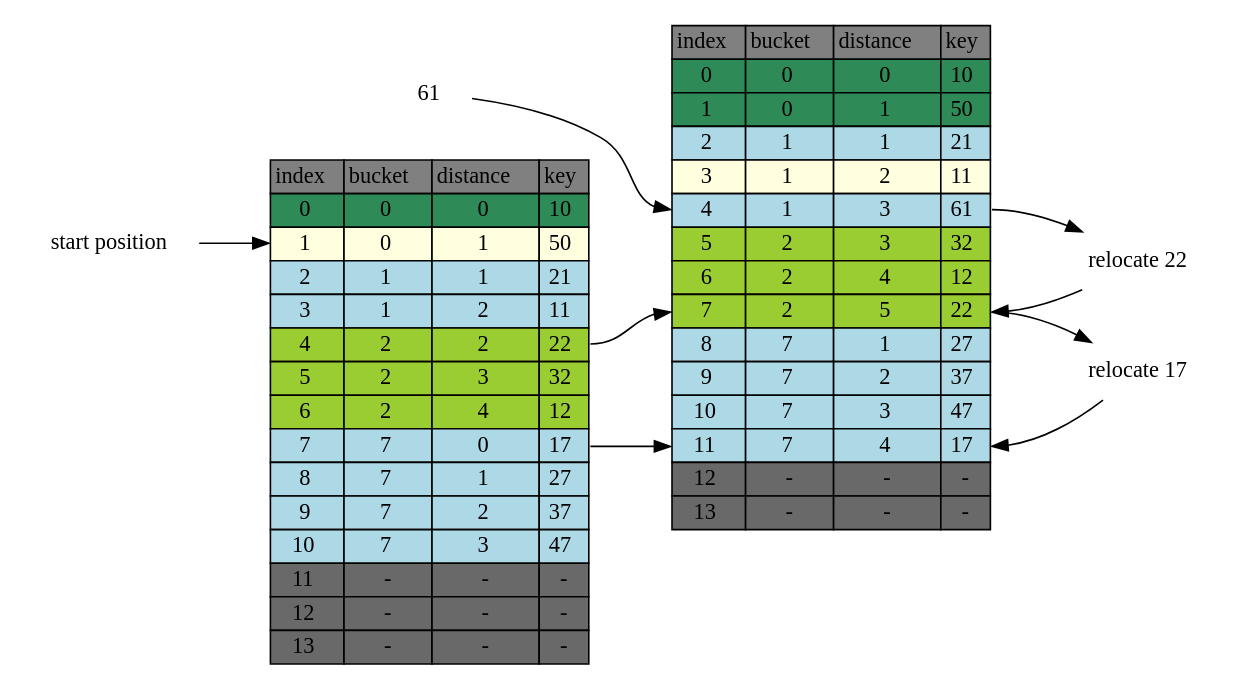
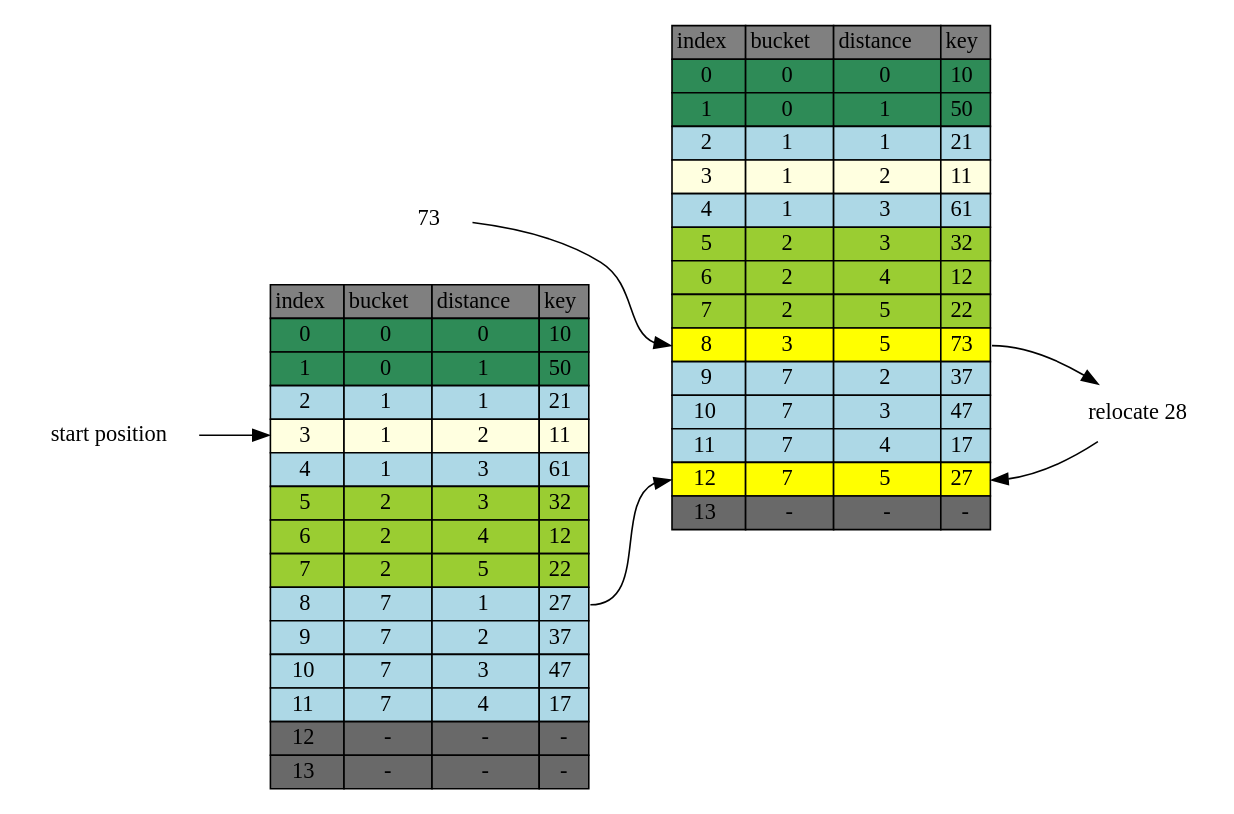
The diagram in hashing/cluster-insert-73.dot (jasonlue/digest), drawn with Graphviz before and after one commit. The commit also changed 1 other file, not shown here.

```diff
--- a/hashing/cluster-insert-73.dot
+++ b/hashing/cluster-insert-73.dot
@@ -1,200 +1,199 @@
 digraph table{
     rankdir=LR
     node[shape=plaintext]
 
     table[label=<
-        <TABLE BORDER="0" CELLBORDER="1" CELLSPACING="0">
-            <TR>
-                <TD BGCOLOR="grey">index</TD>
-                <TD BGCOLOR="grey">bucket</TD>
-                <TD BGCOLOR="grey">distance</TD>
-                <TD BGCOLOR="grey">key</TD>
-            </TR>           
-            <TR>
-                <TD BGCOLOR="seagreen" PORT="i0">0</TD>
-                <TD BGCOLOR="seagreen">0</TD>
-                <TD BGCOLOR="seagreen">0</TD>
-                <TD BGCOLOR="seagreen" PORT="k0">10</TD>
-            </TR>           
-            <TR>
-                <TD BGCOLOR="lightyellow" PORT="i1">1</TD>
-                <TD BGCOLOR="lightyellow">0</TD>
-                <TD BGCOLOR="lightyellow">1</TD>
-                <TD BGCOLOR="lightyellow" PORT="k1">50</TD>
-            </TR>           
-            <TR>
-                <TD BGCOLOR="lightblue" PORT="i2">2</TD>
-                <TD BGCOLOR="lightblue">1</TD>
-                <TD BGCOLOR="lightblue">1</TD>
-                <TD BGCOLOR="lightblue" PORT="k2">21</TD>
-            </TR>           
-            <TR>
-                <TD BGCOLOR="lightblue" PORT="i3">3</TD>
-                <TD BGCOLOR="lightblue">1</TD>
-                <TD BGCOLOR="lightblue">2</TD>
-                <TD BGCOLOR="lightblue" PORT="k3">11</TD>
-            </TR>           
-            <TR>
-                <TD BGCOLOR="yellowgreen" PORT="i4">4</TD>
-                <TD BGCOLOR="yellowgreen">2</TD>
-                <TD BGCOLOR="yellowgreen">2</TD>
-                <TD BGCOLOR="yellowgreen" PORT="k4">22</TD>
-            </TR>           
-            <TR>
-                <TD BGCOLOR="yellowgreen" PORT="i5">5</TD>
-                <TD BGCOLOR="yellowgreen">2</TD>
-                <TD BGCOLOR="yellowgreen">3</TD>
-                <TD BGCOLOR="yellowgreen" PORT="k5">32</TD>
-            </TR>
-            <TR>
-                <TD BGCOLOR="yellowgreen" PORT="i6">6</TD>
-                <TD BGCOLOR="yellowgreen">2</TD>
-                <TD BGCOLOR="yellowgreen">4</TD>
-                <TD BGCOLOR="yellowgreen" PORT="k6">12</TD> 
-            </TR>           
-            <TR>
-                <TD BGCOLOR="lightblue" PORT="i7">7</TD>
-                <TD BGCOLOR="lightblue">7</TD>
-                <TD BGCOLOR="lightblue">0</TD>
-                <TD BGCOLOR="lightblue" PORT="k7">17</TD>
-            </TR>           
-            <TR>
-                <TD BGCOLOR="lightblue" PORT="i8">8</TD>
-                <TD BGCOLOR="lightblue">7</TD>
-                <TD BGCOLOR="lightblue">1</TD>
-                <TD BGCOLOR="lightblue" PORT="k8">27</TD>
-            </TR>           
-            <TR>
-                <TD BGCOLOR="lightblue" PORT="i9">9</TD>
-                <TD BGCOLOR="lightblue">7</TD>
-                <TD BGCOLOR="lightblue">2</TD>
-                <TD BGCOLOR="lightblue" PORT="k9">37</TD>
-            </TR>           
-            <TR>
-                <TD BGCOLOR="lightblue" PORT="i10">10</TD>
-                <TD BGCOLOR="lightblue">7</TD>
-                <TD BGCOLOR="lightblue">3</TD>
-                <TD BGCOLOR="lightblue" PORT="k10">47</TD>
-            </TR>           
-            <TR>
-                <TD BGCOLOR="dimgrey" PORT="i11">11</TD>
-                <TD BGCOLOR="dimgrey">-</TD>
-                <TD BGCOLOR="dimgrey">-</TD>
-                <TD BGCOLOR="dimgrey" PORT="k11">-</TD>
-            </TR>           
-            <TR>
-                <TD BGCOLOR="dimgrey" PORT="i12">12</TD>
-                <TD BGCOLOR="dimgrey">-</TD>
-                <TD BGCOLOR="dimgrey">-</TD>
-                <TD BGCOLOR="dimgrey" PORT="k12">-</TD>
-            </TR>           
-            <TR>
-                <TD BGCOLOR="dimgrey" PORT="i13">13</TD>
-                <TD BGCOLOR="dimgrey">-</TD>
-                <TD BGCOLOR="dimgrey">-</TD>
-                <TD BGCOLOR="dimgrey" PORT="k13">-</TD>
-            </TR>           
-        </TABLE>
-    >]
-     table2[label=<
         <TABLE BORDER="0" CELLBORDER="1" CELLSPACING="0">
             <TR>
                 <TD BGCOLOR="grey">index</TD>
                 <TD BGCOLOR="grey">bucket</TD>
                 <TD BGCOLOR="grey">distance</TD>
                 <TD BGCOLOR="grey">key</TD>
             </TR>           
             <TR>
                 <TD BGCOLOR="seagreen" PORT="i0">0</TD>
                 <TD BGCOLOR="seagreen">0</TD>
                 <TD BGCOLOR="seagreen">0</TD>
                 <TD BGCOLOR="seagreen" PORT="k0">10</TD>
             </TR>           
             <TR>
                 <TD BGCOLOR="seagreen" PORT="i1">1</TD>
                 <TD BGCOLOR="seagreen">0</TD>
                 <TD BGCOLOR="seagreen">1</TD>
                 <TD BGCOLOR="seagreen" PORT="k1">50</TD>
             </TR>           
             <TR>
                 <TD BGCOLOR="lightblue" PORT="i2">2</TD>
                 <TD BGCOLOR="lightblue">1</TD>
                 <TD BGCOLOR="lightblue">1</TD>
                 <TD BGCOLOR="lightblue" PORT="k2">21</TD>
             </TR>           
             <TR>
                 <TD BGCOLOR="lightyellow" PORT="i3">3</TD>
                 <TD BGCOLOR="lightyellow">1</TD>
                 <TD BGCOLOR="lightyellow">2</TD>
                 <TD BGCOLOR="lightyellow" PORT="k3">11</TD>
             </TR>           
             <TR>
                 <TD BGCOLOR="lightblue" PORT="i4">4</TD>
                 <TD BGCOLOR="lightblue">1</TD>
                 <TD BGCOLOR="lightblue">3</TD>
                 <TD BGCOLOR="lightblue" PORT="k4">61</TD>
             </TR>           
             <TR>
                 <TD BGCOLOR="yellowgreen" PORT="i5">5</TD>
                 <TD BGCOLOR="yellowgreen">2</TD>
                 <TD BGCOLOR="yellowgreen">3</TD>
                 <TD BGCOLOR="yellowgreen" PORT="k5">32</TD>
             </TR>
             <TR>
                 <TD BGCOLOR="yellowgreen" PORT="i6">6</TD>
                 <TD BGCOLOR="yellowgreen">2</TD>
                 <TD BGCOLOR="yellowgreen">4</TD>
                 <TD BGCOLOR="yellowgreen" PORT="k6">12</TD> 
             </TR>           
             <TR>
                 <TD BGCOLOR="yellowgreen" PORT="i7">7</TD>
                 <TD BGCOLOR="yellowgreen">2</TD>
                 <TD BGCOLOR="yellowgreen">5</TD>
                 <TD BGCOLOR="yellowgreen" PORT="k7">22</TD>
             </TR>           
             <TR>
                 <TD BGCOLOR="lightblue" PORT="i8">8</TD>
                 <TD BGCOLOR="lightblue">7</TD>
                 <TD BGCOLOR="lightblue">1</TD>
                 <TD BGCOLOR="lightblue" PORT="k8">27</TD>
             </TR>           
             <TR>
                 <TD BGCOLOR="lightblue" PORT="i9">9</TD>
                 <TD BGCOLOR="lightblue">7</TD>
                 <TD BGCOLOR="lightblue">2</TD>
                 <TD BGCOLOR="lightblue" PORT="k9">37</TD>
             </TR>           
             <TR>
                 <TD BGCOLOR="lightblue" PORT="i10">10</TD>
                 <TD BGCOLOR="lightblue">7</TD>
                 <TD BGCOLOR="lightblue">3</TD>
                 <TD BGCOLOR="lightblue" PORT="k10">47</TD>
             </TR>           
             <TR>
                 <TD BGCOLOR="lightblue" PORT="i11">11</TD>
                 <TD BGCOLOR="lightblue">7</TD>
                 <TD BGCOLOR="lightblue">4</TD>
                 <TD BGCOLOR="lightblue" PORT="k11">17</TD>
             </TR>           
             <TR>
                 <TD BGCOLOR="dimgrey" PORT="i12">12</TD>
                 <TD BGCOLOR="dimgrey">-</TD>
                 <TD BGCOLOR="dimgrey">-</TD>
                 <TD BGCOLOR="dimgrey" PORT="k12">-</TD>
             </TR>           
             <TR>
                 <TD BGCOLOR="dimgrey" PORT="i13">13</TD>
                 <TD BGCOLOR="dimgrey">-</TD>
                 <TD BGCOLOR="dimgrey">-</TD>
                 <TD BGCOLOR="dimgrey" PORT="k13">-</TD>
             </TR>           
         </TABLE>
     >]
+     table2[label=<
+        <TABLE BORDER="0" CELLBORDER="1" CELLSPACING="0">
+            <TR>
+                <TD BGCOLOR="grey">index</TD>
+                <TD BGCOLOR="grey">bucket</TD>
+                <TD BGCOLOR="grey">distance</TD>
+                <TD BGCOLOR="grey">key</TD>
+            </TR>           
+            <TR>
+                <TD BGCOLOR="seagreen" PORT="i0">0</TD>
+                <TD BGCOLOR="seagreen">0</TD>
+                <TD BGCOLOR="seagreen">0</TD>
+                <TD BGCOLOR="seagreen" PORT="k0">10</TD>
+            </TR>           
+            <TR>
+                <TD BGCOLOR="seagreen" PORT="i1">1</TD>
+                <TD BGCOLOR="seagreen">0</TD>
+                <TD BGCOLOR="seagreen">1</TD>
+                <TD BGCOLOR="seagreen" PORT="k1">50</TD>
+            </TR>           
+            <TR>
+                <TD BGCOLOR="lightblue" PORT="i2">2</TD>
+                <TD BGCOLOR="lightblue">1</TD>
+                <TD BGCOLOR="lightblue">1</TD>
+                <TD BGCOLOR="lightblue" PORT="k2">21</TD>
+            </TR>           
+            <TR>
+                <TD BGCOLOR="lightyellow" PORT="i3">3</TD>
+                <TD BGCOLOR="lightyellow">1</TD>
+                <TD BGCOLOR="lightyellow">2</TD>
+                <TD BGCOLOR="lightyellow" PORT="k3">11</TD>
+            </TR>           
+            <TR>
+                <TD BGCOLOR="lightblue" PORT="i4">4</TD>
+                <TD BGCOLOR="lightblue">1</TD>
+                <TD BGCOLOR="lightblue">3</TD>
+                <TD BGCOLOR="lightblue" PORT="k4">61</TD>
+            </TR>           
+            <TR>
+                <TD BGCOLOR="yellowgreen" PORT="i5">5</TD>
+                <TD BGCOLOR="yellowgreen">2</TD>
+                <TD BGCOLOR="yellowgreen">3</TD>
+                <TD BGCOLOR="yellowgreen" PORT="k5">32</TD>
+            </TR>
+            <TR>
+                <TD BGCOLOR="yellowgreen" PORT="i6">6</TD>
+                <TD BGCOLOR="yellowgreen">2</TD>
+                <TD BGCOLOR="yellowgreen">4</TD>
+                <TD BGCOLOR="yellowgreen" PORT="k6">12</TD> 
+            </TR>           
+            <TR>
+                <TD BGCOLOR="yellowgreen" PORT="i7">7</TD>
+                <TD BGCOLOR="yellowgreen">2</TD>
+                <TD BGCOLOR="yellowgreen">5</TD>
+                <TD BGCOLOR="yellowgreen" PORT="k7">22</TD>
+            </TR>           
+            <TR>
+                <TD BGCOLOR="yellow" PORT="i8">8</TD>
+                <TD BGCOLOR="yellow">3</TD>
+                <TD BGCOLOR="yellow">5</TD>
+                <TD BGCOLOR="yellow" PORT="k8">73</TD>
+            </TR>           
+            <TR>
+                <TD BGCOLOR="lightblue" PORT="i9">9</TD>
+                <TD BGCOLOR="lightblue">7</TD>
+                <TD BGCOLOR="lightblue">2</TD>
+                <TD BGCOLOR="lightblue" PORT="k9">37</TD>
+            </TR>           
+            <TR>
+                <TD BGCOLOR="lightblue" PORT="i10">10</TD>
+                <TD BGCOLOR="lightblue">7</TD>
+                <TD BGCOLOR="lightblue">3</TD>
+                <TD BGCOLOR="lightblue" PORT="k10">47</TD>
+            </TR>           
+            <TR>
+                <TD BGCOLOR="lightblue" PORT="i11">11</TD>
+                <TD BGCOLOR="lightblue">7</TD>
+                <TD BGCOLOR="lightblue">4</TD>
+                <TD BGCOLOR="lightblue" PORT="k11">17</TD>
+            </TR>           
+            <TR>
+                <TD BGCOLOR="yellow" PORT="i12">12</TD>
+                <TD BGCOLOR="yellow">7</TD>
+                <TD BGCOLOR="yellow">5</TD>
+                <TD BGCOLOR="yellow" PORT="k12">27</TD>
+            </TR>           
+            <TR>
+                <TD BGCOLOR="dimgrey" PORT="i13">13</TD>
+                <TD BGCOLOR="dimgrey">-</TD>
+                <TD BGCOLOR="dimgrey">-</TD>
+                <TD BGCOLOR="dimgrey" PORT="k13">-</TD>
+            </TR>           
+        </TABLE>
+    >]
 
- "start position" -> table:i1
- "61"->table2:i4
+ "start position" -> table:i3
+ "73"->table2:i8
 
- table:k4->table2:i7
- table:k7->table2:i11
- table2:k4->"relocate 22" -> table2:k7 -> "relocate 17" ->table2:k11
+ table:k8->table2:i12
+ table2:k8->"relocate 28" -> table2:k12
 }
```
